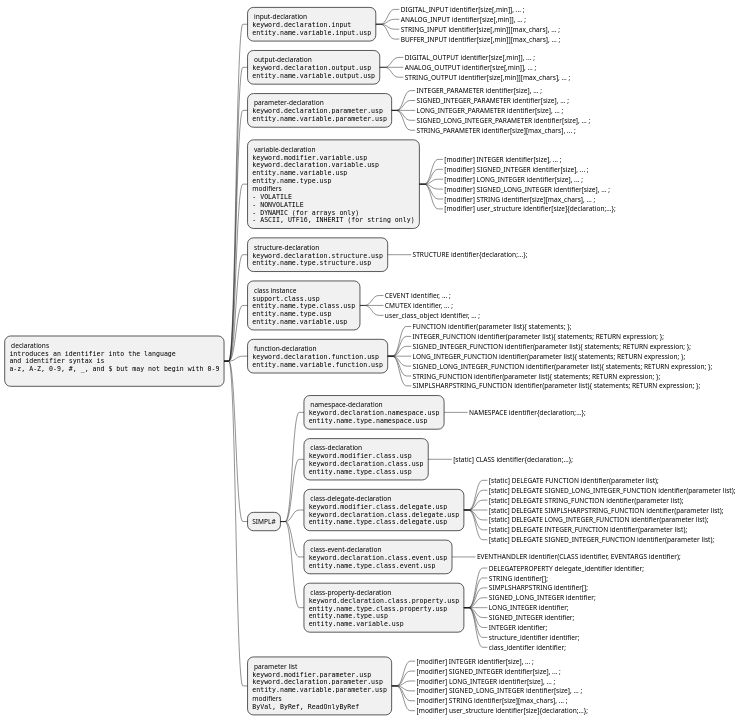
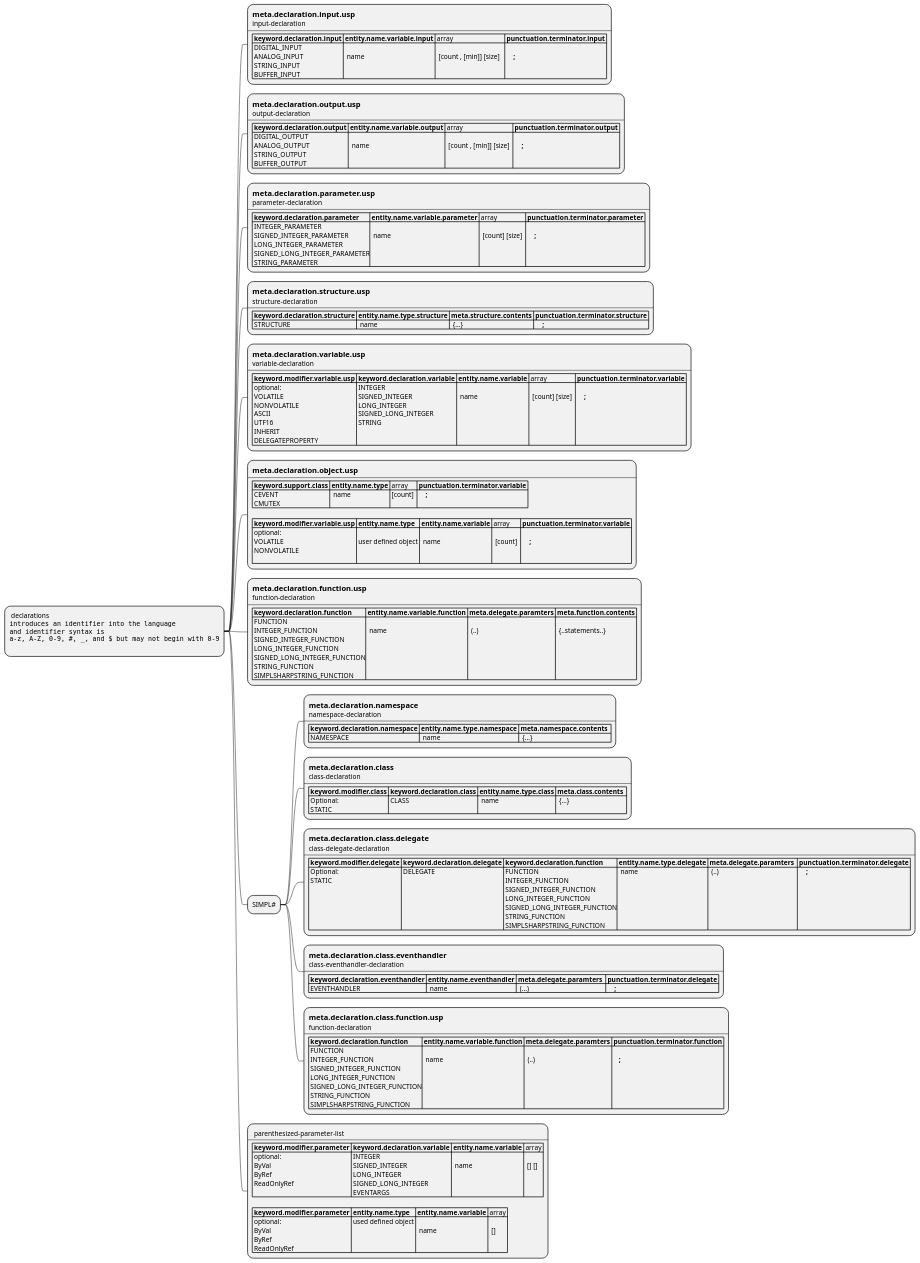
Before and after one commit to alvaroyurrita/vscode-crestron-splus: the diagram in csharp-syntax-mindmap/declarations.puml, drawn with PlantUML. The commit also changed 11 other files, not shown here.

```diff
--- a/csharp-syntax-mindmap/declarations.puml
+++ b/csharp-syntax-mindmap/declarations.puml
@@ -1,150 +1,98 @@
 @startmindmap
 *: declarations
 <code>
 introduces an identifier into the language
 and identifier syntax is
 a-z, A-Z, 0-9, #, _, and $ but may not begin with 0-9
 </code>
 ;
-**: input-declaration
-<code>
-keyword.declaration.input
-entity.name.variable.input.usp
-</code>;
-***_ DIGITAL_INPUT identifier[size[,min]], ... ;
-***_ ANALOG_INPUT identifier[size[,min]], ... ;
-***_ STRING_INPUT identifier[size[,min]][max_chars], ... ;
-***_ BUFFER_INPUT identifier[size[,min]][max_chars], ... ;
-**: output-declaration
-<code>
-keyword.declaration.output.usp
-entity.name.variable.output.usp
-</code>;
-***_ DIGITAL_OUTPUT identifier[size[,min]], ... ;
-***_ ANALOG_OUTPUT identifier[size[,min]], ... ;
-***_ STRING_OUTPUT identifier[size[,min]][max_chars], ... ;
-**: parameter-declaration
-<code>
-keyword.declaration.parameter.usp
-entity.name.variable.parameter.usp
-</code>;
-***_ INTEGER_PARAMETER identifier[size], ... ;
-***_ SIGNED_INTEGER_PARAMETER identifier[size], ... ;
-***_ LONG_INTEGER_PARAMETER identifier[size], ... ;
-***_ SIGNED_LONG_INTEGER_PARAMETER identifier[size], ... ;
-***_ STRING_PARAMETER identifier[size][max_chars], ... ;
-**: variable-declaration
-<code>
-keyword.modifier.variable.usp
-keyword.declaration.variable.usp
-entity.name.variable.usp
-entity.name.type.usp
-</code>
-modifiers
-<code>
-- VOLATILE
-- NONVOLATILE
-- DYNAMIC (for arrays only)
-- ASCII, UTF16, INHERIT (for string only)
-</code>;
-***_ [modifier] INTEGER identifier[size], ... ;
-***_ [modifier] SIGNED_INTEGER identifier[size], ... ;
-***_ [modifier] LONG_INTEGER identifier[size], ... ;
-***_ [modifier] SIGNED_LONG_INTEGER identifier[size], ... ;
-***_ [modifier] STRING identifier[size][max_chars], ... ;
-***_ [modifier] user_structure identifier[size]{declaration;...};
-**: structure-declaration
-<code>
-keyword.declaration.structure.usp
-entity.name.type.structure.usp
-</code>;
-***_ STRUCTURE identifier{declaration;...};
-**: class instance
-<code>
-support.class.usp
-entity.name.type.class.usp
-entity.name.type.usp
-entity.name.variable.usp
-</code>;
-***_ CEVENT identifier, ... ;
-***_ CMUTEX identifier, ... ;
-***_ user_class_object identifier, ... ;
-**: function-declaration
-<code>
-keyword.declaration.function.usp
-entity.name.variable.function.usp
-</code>;
-***_ FUNCTION identifier(parameter list){ statements;  };
-***_ INTEGER_FUNCTION identifier(parameter list){ statements; RETURN expression; };
-***_ SIGNED_INTEGER_FUNCTION identifier(parameter list){ statements; RETURN expression; };
-***_ LONG_INTEGER_FUNCTION identifier(parameter list){ statements; RETURN expression; };
-***_ SIGNED_LONG_INTEGER_FUNCTION identifier(parameter list){ statements; RETURN expression; };
-***_ STRING_FUNCTION identifier(parameter list){ statements; RETURN expression; };
-***_ SIMPLSHARPSTRING_FUNCTION identifier(parameter list){ statements; RETURN expression; };
+
+**:== meta.declaration.input.usp
+input-declaration
+----
+|= keyword.declaration.input |= entity.name.variable.input | array |= punctuation.terminator.input |
+| DIGITAL_INPUT\n ANALOG_INPUT\n STRING_INPUT\n BUFFER_INPUT |  \n  name  | \n  [count , [min]] [size]   |=  \n     ; |;
+**:== meta.declaration.output.usp
+output-declaration
+----
+|= keyword.declaration.output |= entity.name.variable.output | array |= punctuation.terminator.output |
+| DIGITAL_OUTPUT\n ANALOG_OUTPUT\n STRING_OUTPUT\n BUFFER_OUTPUT |  \n  name | \n  [count , [min]] [size]  |=  \n     ; |;
+
+**:== meta.declaration.parameter.usp
+parameter-declaration
+----
+|= keyword.declaration.parameter |= entity.name.variable.parameter | array |= punctuation.terminator.parameter |
+| INTEGER_PARAMETER\n SIGNED_INTEGER_PARAMETER\n LONG_INTEGER_PARAMETER\n SIGNED_LONG_INTEGER_PARAMETER\n STRING_PARAMETER  |  \n  name | \n  [count] [size]  |=  \n     ; |;
+
+**:== meta.declaration.structure.usp
+structure-declaration
+----
+|= keyword.declaration.structure |= entity.name.type.structure |= meta.structure.contents |= punctuation.terminator.structure |
+| STRUCTURE |  name  |  {...} |=     ; |;
+
+**:== meta.declaration.variable.usp
+variable-declaration
+----
+|= keyword.modifier.variable.usp |= keyword.declaration.variable |= entity.name.variable | array |= punctuation.terminator.variable |
+| optional:\n VOLATILE\n NONVOLATILE\n ASCII\n UTF16\n INHERIT\n DELEGATEPROPERTY | INTEGER\n SIGNED_INTEGER\n LONG_INTEGER\n SIGNED_LONG_INTEGER\n STRING |  \n  name | \n  [count] [size]  |=  \n     ; |;
+
+
+**:== meta.declaration.object.usp
+----
+|= keyword.support.class |= entity.name.type | array |= punctuation.terminator.variable |
+| CEVENT\n CMUTEX |  name  | [count]  |=     ; |
+
+|= keyword.modifier.variable.usp |= entity.name.type |= entity.name.variable | array |= punctuation.terminator.variable |
+| optional:\n VOLATILE\n NONVOLATILE\n | \n user defined object |  \n  name | \n  [count]  |=  \n     ; |;
+
+
+**:== meta.declaration.function.usp
+function-declaration
+----
+|= keyword.declaration.function |= entity.name.variable.function |= meta.delegate.paramters |= meta.function.contents |
+| FUNCTION\n INTEGER_FUNCTION\n SIGNED_INTEGER_FUNCTION\n LONG_INTEGER_FUNCTION\n SIGNED_LONG_INTEGER_FUNCTION\n STRING_FUNCTION \n SIMPLSHARPSTRING_FUNCTION  |  \n  name | \n  (..) | \n  {..statements..}  |;
+
 ** SIMPL#
-***: namespace-declaration
-<code>
-keyword.declaration.namespace.usp
-entity.name.type.namespace.usp
-</code>;
-****_ NAMESPACE identifier{declaration;...};
-***: class-declaration
-<code>
-keyword.modifier.class.usp
-keyword.declaration.class.usp
-entity.name.type.class.usp
-</code>;
-****_ [static] CLASS identifier{declaration;...};
-***: class-delegate-declaration
-<code>
-keyword.modifier.class.delegate.usp
-keyword.declaration.class.delegate.usp
-entity.name.type.class.delegate.usp
-</code>;
-****_ [static] DELEGATE FUNCTION  identifier(parameter list);
-****_ [static] DELEGATE SIGNED_LONG_INTEGER_FUNCTION identifier(parameter list);
-****_ [static] DELEGATE STRING_FUNCTION identifier(parameter list);
-****_ [static] DELEGATE SIMPLSHARPSTRING_FUNCTION identifier(parameter list);
-****_ [static] DELEGATE LONG_INTEGER_FUNCTION identifier(parameter list);
-****_ [static] DELEGATE INTEGER_FUNCTION identifier(parameter list);
-****_ [static] DELEGATE SIGNED_INTEGER_FUNCTION identifier(parameter list);
-***: class-event-declaration
-<code>
-keyword.declaration.class.event.usp
-entity.name.type.class.event.usp
-</code>;
-****_ EVENTHANDLER identifier(CLASS identifier, EVENTARGS identifier);
-***: class-property-declaration
-<code>
-keyword.declaration.class.property.usp
-entity.name.type.class.property.usp
-entity.name.type.usp
-entity.name.variable.usp
-</code>;
-****_ DELEGATEPROPERTY delegate_identifier identifier;
-****_ STRING identifier[];
-****_ SIMPLSHARPSTRING identifier[];
-****_ SIGNED_LONG_INTEGER identifier;
-****_ LONG_INTEGER identifier;
-****_ SIGNED_INTEGER identifier;
-****_ INTEGER identifier;
-****_ structure_identifier identifier;
-****_ class_identifier identifier;
-**: parameter list
-<code>
-keyword.modifier.parameter.usp
-keyword.declaration.parameter.usp
-entity.name.variable.parameter.usp
-</code>
-modifiers
-<code>
-ByVal, ByRef, ReadOnlyByRef
-</code>;
-***_ [modifier] INTEGER identifier[size], ... ;
-***_ [modifier] SIGNED_INTEGER identifier[size], ... ;
-***_ [modifier] LONG_INTEGER identifier[size], ... ;
-***_ [modifier] SIGNED_LONG_INTEGER identifier[size], ... ;
-***_ [modifier] STRING identifier[size][max_chars], ... ;
-***_ [modifier] user_structure identifier[size]{declaration;...};
+
+***:== meta.declaration.namespace
+namespace-declaration
+----
+|= keyword.declaration.namespace |= entity.name.type.namespace |= meta.namespace.contents  |
+| NAMESPACE |  name  |  {...} |;
+
+***:== meta.declaration.class
+class-declaration
+----
+|= keyword.modifier.class |= keyword.declaration.class |= entity.name.type.class |= meta.class.contents  |
+| Optional:\n STATIC | CLASS |  name  |  {...} |;
+
+
+***:== meta.declaration.class.delegate
+class-delegate-declaration
+----
+|= keyword.modifier.delegate |= keyword.declaration.delegate |= keyword.declaration.function |= entity.name.type.delegate |= meta.delegate.paramters  |= punctuation.terminator.delegate |
+| Optional:\n STATIC | DELEGATE | FUNCTION\n INTEGER_FUNCTION\n SIGNED_INTEGER_FUNCTION\n LONG_INTEGER_FUNCTION\n SIGNED_LONG_INTEGER_FUNCTION\n STRING_FUNCTION \n SIMPLSHARPSTRING_FUNCTION |  name  |  (..) |=     ; |;
+
+
+***:== meta.declaration.class.eventhandler
+class-eventhandler-declaration
+----
+|= keyword.declaration.eventhandler |= entity.name.eventhandler |= meta.delegate.paramters  |= punctuation.terminator.delegate |
+| EVENTHANDLER |  name  |  (...) |=     ; |;
+
+***:== meta.declaration.class.function.usp
+function-declaration
+----
+|= keyword.declaration.function |= entity.name.variable.function |= meta.delegate.paramters |= punctuation.terminator.function |
+| FUNCTION\n INTEGER_FUNCTION\n SIGNED_INTEGER_FUNCTION\n LONG_INTEGER_FUNCTION\n SIGNED_LONG_INTEGER_FUNCTION\n STRING_FUNCTION \n SIMPLSHARPSTRING_FUNCTION  |  \n  name | \n  (..) |= \n    ;  |;
+
+
+**: parenthesized-parameter-list
+----
+|= keyword.modifier.parameter |= keyword.declaration.variable |= entity.name.variable | array |
+| optional:\n ByVal\n ByRef\n ReadOnlyRef | INTEGER\n SIGNED_INTEGER\n LONG_INTEGER\n SIGNED_LONG_INTEGER\n EVENTARGS |  \n  name | \n  [] []  |
+
+|= keyword.modifier.parameter |= entity.name.type |= entity.name.variable | array |
+| optional:\n ByVal\n ByRef\n ReadOnlyRef | used defined object |  \n  name | \n  []  |;
 
 @endmindmap
```
